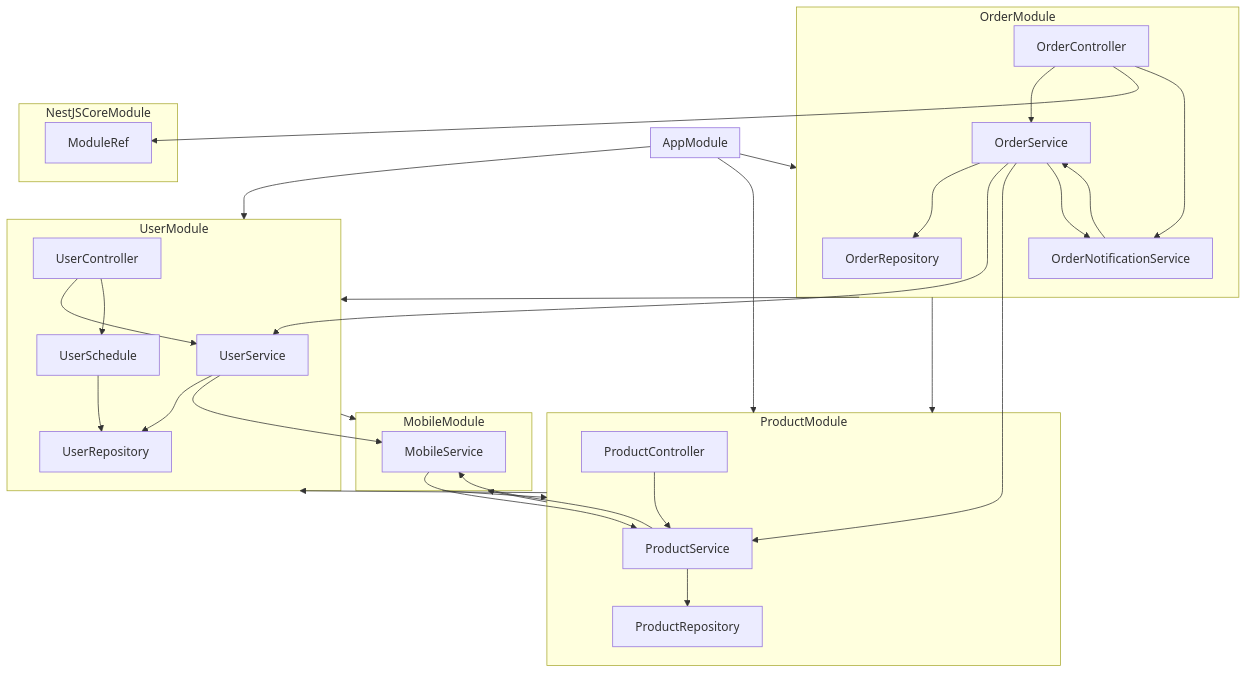
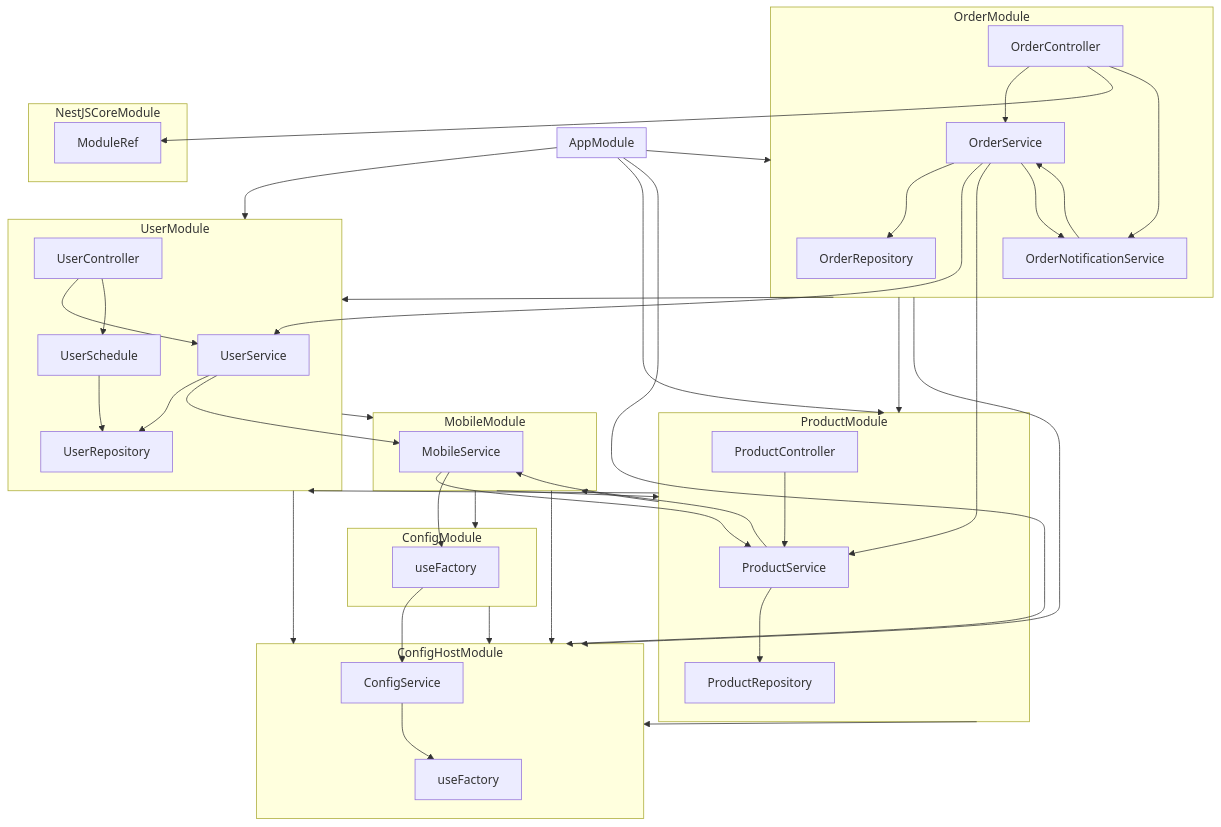
The diagram in site/public/mock-graph/output.md (albasyir/nest-graph-inspector), drawn with Mermaid before and after one commit. The commit also changed other lines of this file and 12 other files, not shown here.

````diff
--- a/site/public/mock-graph/output.md
+++ b/site/public/mock-graph/output.md
@@ -3,55 +3,72 @@
 ```mermaid
 graph TD
 
   subgraph module_group_AppModule["AppModule"]
   end
   subgraph module_group_UserModule["UserModule"]
     provider_UserModule_UserService["UserService"]
     provider_UserModule_UserRepository["UserRepository"]
     provider_UserModule_UserSchedule["UserSchedule"]
     controller_UserModule_UserController["UserController"]
   end
   subgraph module_group_MobileModule["MobileModule"]
     provider_MobileModule_MobileService["MobileService"]
+  end
+  subgraph module_group_ConfigModule["ConfigModule"]
+    provider_ConfigModule_useFactory["useFactory"]
+  end
+  subgraph module_group_ConfigHostModule["ConfigHostModule"]
+    provider_ConfigHostModule_useFactory["useFactory"]
+    provider_ConfigHostModule_ConfigService["ConfigService"]
   end
   subgraph module_group_ProductModule["ProductModule"]
     provider_ProductModule_ProductService["ProductService"]
     provider_ProductModule_ProductRepository["ProductRepository"]
     controller_ProductModule_ProductController["ProductController"]
   end
   subgraph module_group_OrderModule["OrderModule"]
     provider_OrderModule_OrderRepository["OrderRepository"]
     provider_OrderModule_OrderService["OrderService"]
     provider_OrderModule_OrderNotificationService["OrderNotificationService"]
     controller_OrderModule_OrderController["OrderController"]
   end
   subgraph module_group_NestJSCoreModule["NestJSCoreModule"]
     provider_NestJSCoreModule_ModuleRef["ModuleRef"]
   end
   module_group_AppModule --> module_group_UserModule
   module_group_AppModule --> module_group_ProductModule
   module_group_AppModule --> module_group_OrderModule
+  module_group_AppModule --> module_group_ConfigHostModule
   module_group_UserModule --> module_group_MobileModule
+  module_group_UserModule --> module_group_ConfigHostModule
   provider_UserModule_UserService --> provider_UserModule_UserRepository
   provider_UserModule_UserService --> provider_MobileModule_MobileService
   provider_UserModule_UserSchedule --> provider_UserModule_UserRepository
   controller_UserModule_UserController --> provider_UserModule_UserService
   controller_UserModule_UserController --> provider_UserModule_UserSchedule
+  module_group_MobileModule --> module_group_ConfigModule
   module_group_MobileModule --> module_group_ProductModule
+  module_group_MobileModule --> module_group_ConfigHostModule
   provider_MobileModule_MobileService --> provider_ProductModule_ProductService
+  provider_MobileModule_MobileService --> provider_ConfigModule_useFactory
+  module_group_ConfigModule --> module_group_ConfigHostModule
+  provider_ConfigModule_useFactory --> provider_ConfigHostModule_ConfigService
+  provider_ConfigHostModule_ConfigService --> provider_ConfigHostModule_useFactory
   module_group_ProductModule --> module_group_UserModule
   module_group_ProductModule --> module_group_MobileModule
+  module_group_ProductModule --> module_group_ConfigHostModule
   provider_ProductModule_ProductService --> provider_ProductModule_ProductRepository
   provider_ProductModule_ProductService --> provider_MobileModule_MobileService
   controller_ProductModule_ProductController --> provider_ProductModule_ProductService
   module_group_OrderModule --> module_group_UserModule
   module_group_OrderModule --> module_group_ProductModule
+  module_group_OrderModule --> module_group_ConfigHostModule
   provider_OrderModule_OrderService --> provider_OrderModule_OrderRepository
   provider_OrderModule_OrderService --> provider_UserModule_UserService
   provider_OrderModule_OrderService --> provider_ProductModule_ProductService
   provider_OrderModule_OrderService --> provider_OrderModule_OrderNotificationService
   provider_OrderModule_OrderNotificationService --> provider_OrderModule_OrderService
   controller_OrderModule_OrderController --> provider_OrderModule_OrderService
   controller_OrderModule_OrderController --> provider_NestJSCoreModule_ModuleRef
   controller_OrderModule_OrderController --> provider_OrderModule_OrderNotificationService
 ```
````
